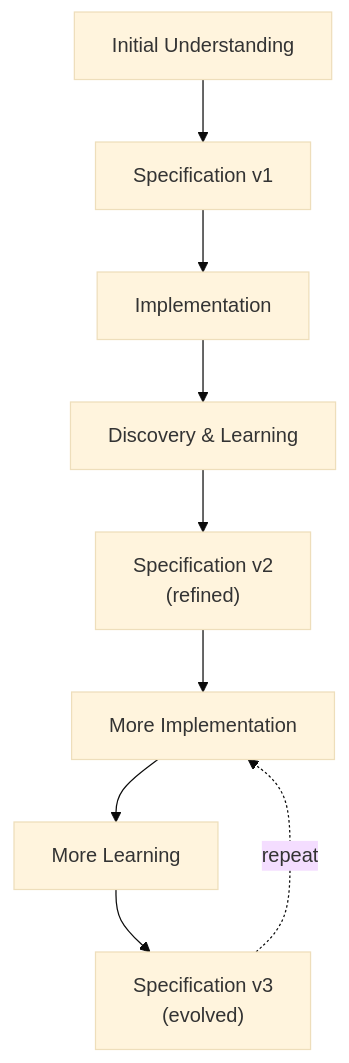
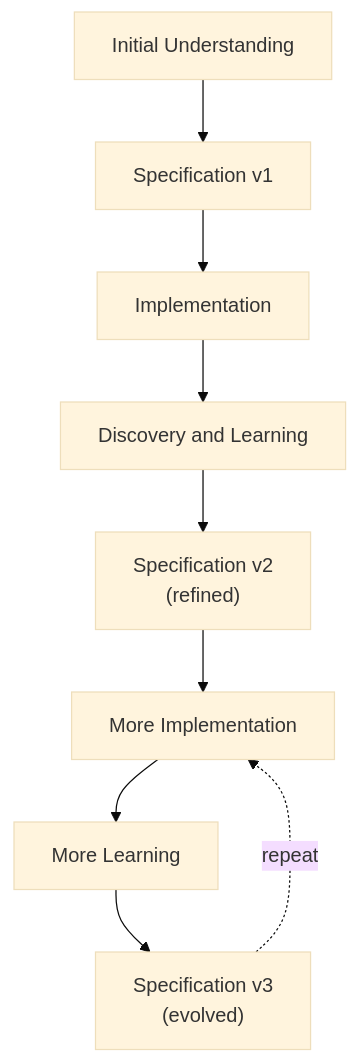
Before and after one commit to ready-to-release/eac: the diagram in docs/explanation/specifications/concepts/specifications-evolution.md, drawn with Mermaid (base theme). The commit also changed 151 other files, not shown here.

````diff
--- a/docs/explanation/specifications/concepts/specifications-evolution.md
+++ b/docs/explanation/specifications/concepts/specifications-evolution.md
@@ -178,12 +178,12 @@
 ```mermaid
 flowchart TD
     Initial["Initial Understanding"] --> SpecV1["Specification v1"]
     SpecV1 --> Impl1["Implementation"]
-    Impl1 --> Learn1["Discovery & Learning"]
+    Impl1 --> Learn1["Discovery and Learning"]
     Learn1 --> SpecV2["Specification v2<br/>(refined)"]
     SpecV2 --> Impl2["More Implementation"]
     Impl2 --> Learn2["More Learning"]
     Learn2 --> SpecV3["Specification v3<br/>(evolved)"]
     SpecV3 -.repeat.-> Impl2
 
 ```
````
